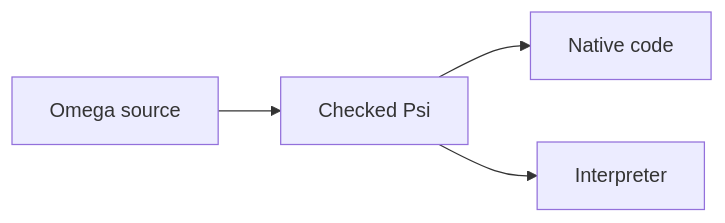
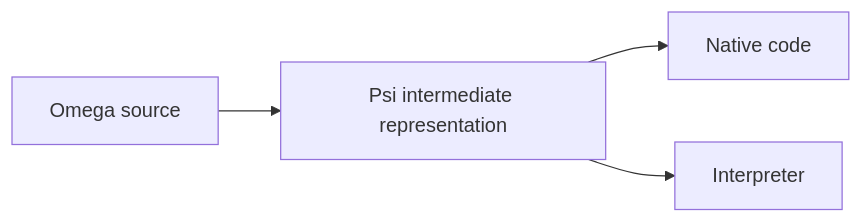
One commit to CathedralOS/Omega changed the second of 2 diagrams in README.md. Above: the diagram before and after it, drawn with Mermaid. The commit also changed other lines of this file, not shown here.

````diff
--- a/README.md
+++ b/README.md
@@ -522,6 +561,6 @@
 ```mermaid
 flowchart LR
-    source["Omega source"] --> psi["Checked Psi"]
+    source["Omega source"] --> psi["Psi intermediate representation"]
     psi --> native["Native code"]
     psi --> interpret["Interpreter"]
 ```
````
